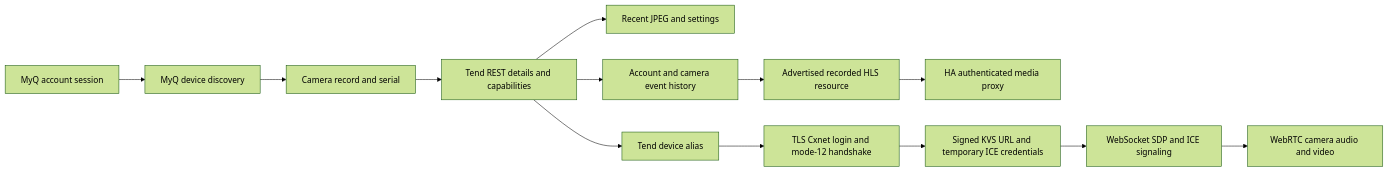
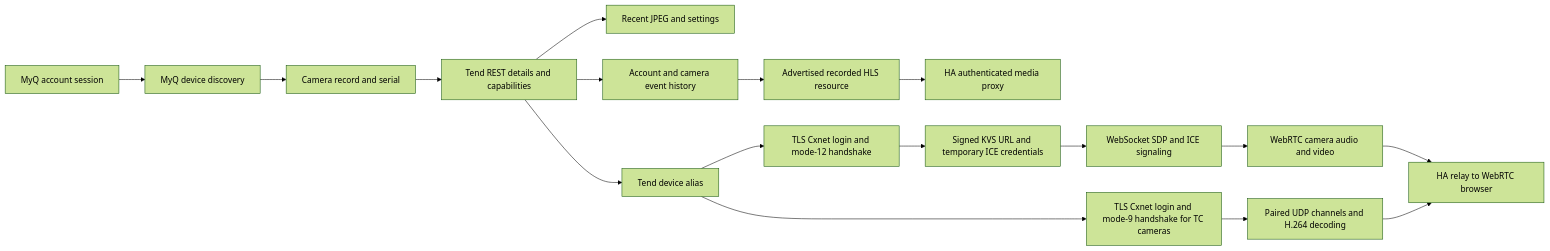
One commit to kedube/ha-myq changed the first of 2 diagrams in docs/api/video.md. Above: the diagram before and after it, drawn with Mermaid (forest theme). The commit also changed other lines of this file and 27 other files, not shown here.

````diff
--- a/docs/api/video.md
+++ b/docs/api/video.md
@@ -17,15 +17,19 @@
 ```mermaid
 flowchart LR
     A[MyQ account session] --> B[MyQ device discovery]
     B --> C[Camera record and serial]
     C --> D[Tend REST details and capabilities]
     D --> E[Recent JPEG and settings]
     D --> R[Account and camera event history]
     R --> S[Advertised recorded HLS resource]
     S --> P[HA authenticated media proxy]
     D --> F[Tend device alias]
     F --> G[TLS Cxnet login and mode-12 handshake]
     G --> H[Signed KVS URL and temporary ICE credentials]
     H --> I[WebSocket SDP and ICE signaling]
     I --> J[WebRTC camera audio and video]
+    F --> T[TLS Cxnet login and mode-9 handshake for TC cameras]
+    T --> U[Paired UDP channels and H.264 decoding]
+    J --> V[HA relay to WebRTC browser]
+    U --> V
 ```
````
